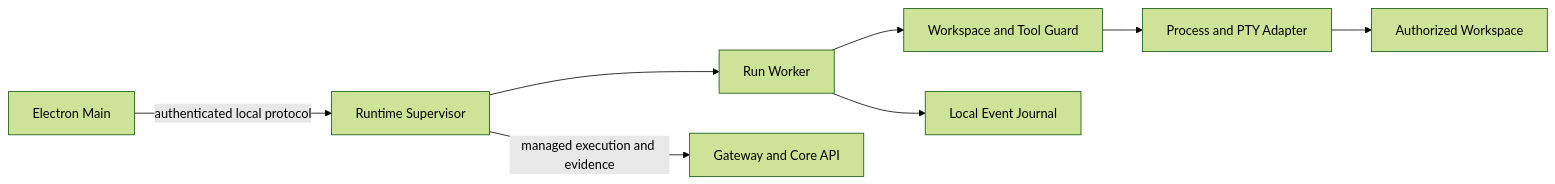
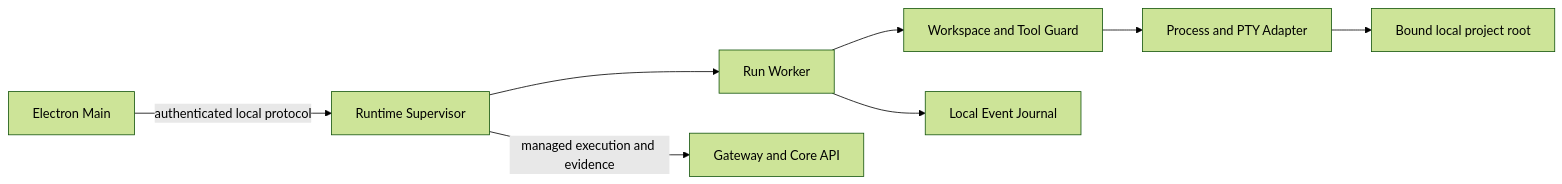
Before and after one commit to hataketed7977/taskpilot: the diagram in apps/agent-runtime/docs/architecture.md, drawn with Mermaid (forest theme). The commit also changed other lines of this file and 13 other files, not shown here.

Commit message:
docs: harden desktop runtime architecture

````diff
--- a/apps/agent-runtime/docs/architecture.md
+++ b/apps/agent-runtime/docs/architecture.md
@@ -25,19 +27,19 @@
 ```mermaid
 flowchart LR
     desktop["Electron Main"]
     supervisor["Runtime Supervisor"]
     worker["Run Worker"]
     guard["Workspace and Tool Guard"]
     process["Process and PTY Adapter"]
     journal["Local Event Journal"]
-    workspace["Authorized Workspace"]
+    workspace["Bound local project root"]
     gateway["Gateway and Core API"]
 
     desktop -->|authenticated local protocol| supervisor
     supervisor --> worker
     worker --> guard
     guard --> process
     process --> workspace
     worker --> journal
     supervisor -->|managed execution and evidence| gateway
 ```
````
